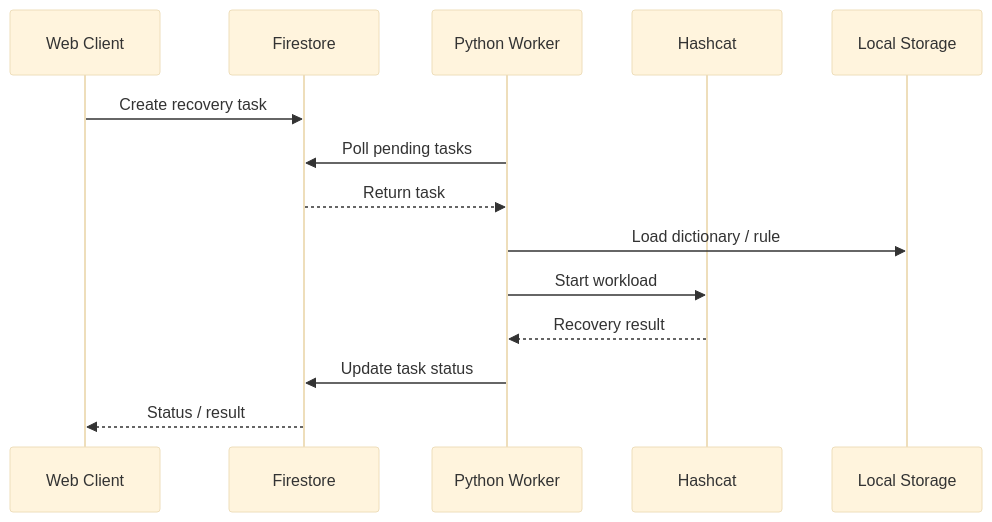
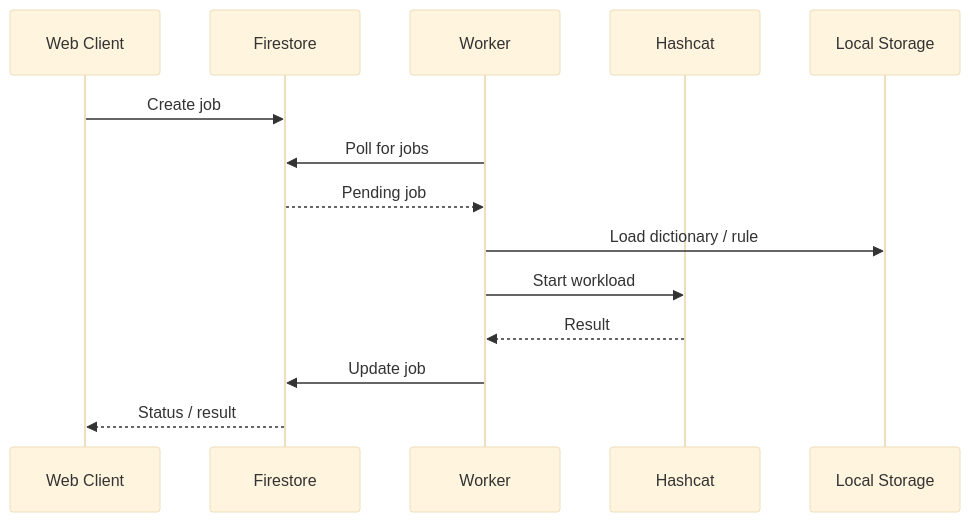
Before and after one commit to reyphia/brute: the fifth of 5 diagrams in README.md, drawn with Mermaid (base theme). The commit also changed other lines of this file, not shown here.

````diff
--- a/README.md
+++ b/README.md
@@ -500,19 +452,19 @@
 ```mermaid
 sequenceDiagram
     participant U as Web Client
     participant F as Firestore
-    participant W as Python Worker
+    participant W as Worker
     participant H as Hashcat
     participant D as Local Storage
 
-    U->>F: Create recovery task
-    W->>F: Poll pending tasks
-    F-->>W: Return task
+    U->>F: Create job
+    W->>F: Poll for jobs
+    F-->>W: Pending job
 
     W->>D: Load dictionary / rule
     W->>H: Start workload
-    H-->>W: Recovery result
+    H-->>W: Result
 
-    W->>F: Update task status
+    W->>F: Update job
     F-->>U: Status / result
 ```
````
